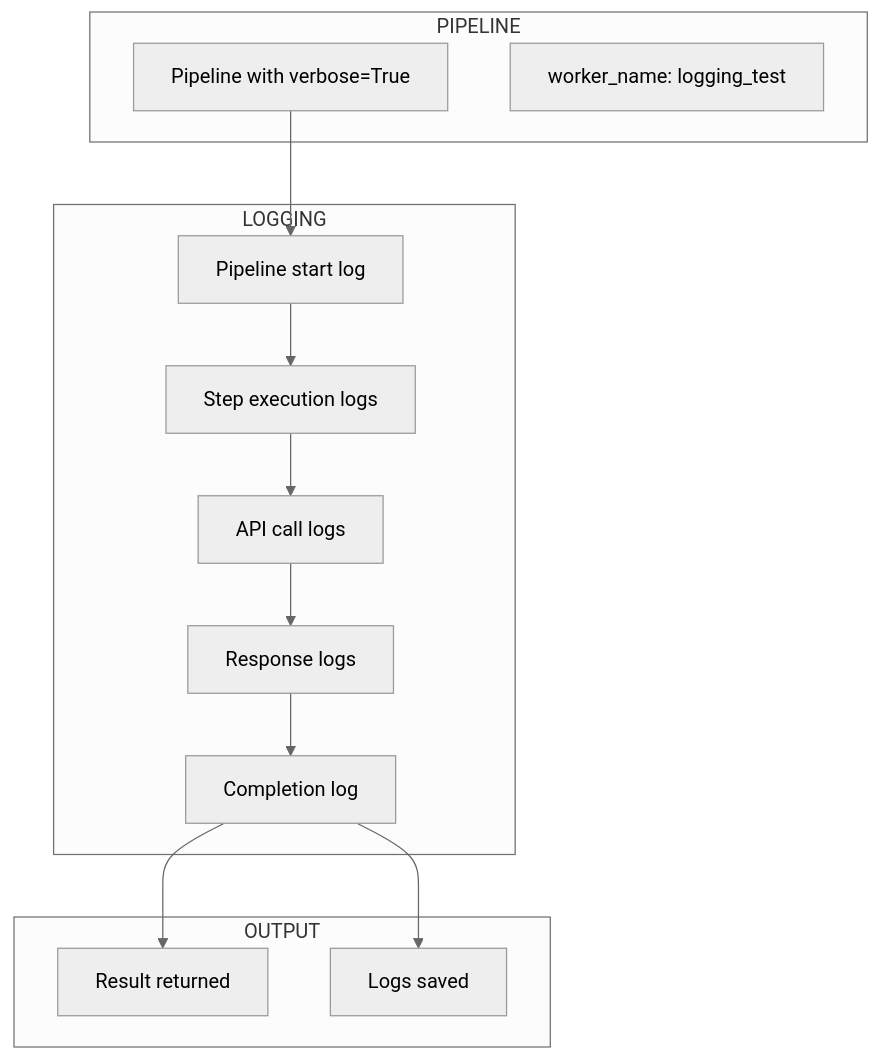
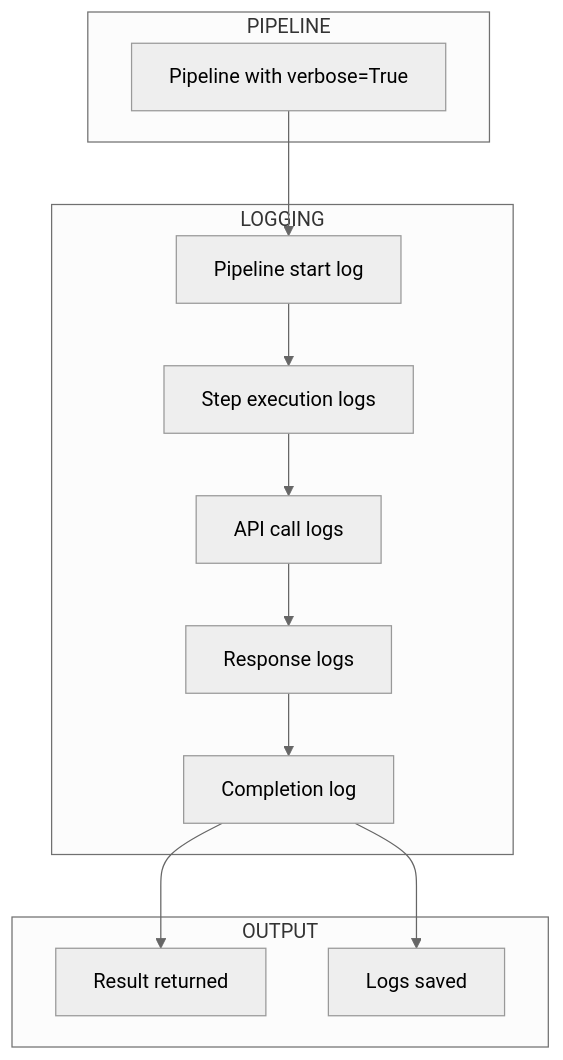
The third of 5 diagrams in examples/api_pipeline/09_api_logging/README.md (wisrovi/wpipe), drawn with Mermaid (neutral theme) before and after one commit. The commit also changed other lines of this file and 8 other files, not shown here.

First line of the commit message:
Fix README files: English text and Mermaid diagrams

````diff
--- a/examples/api_pipeline/09_api_logging/README.md
+++ b/examples/api_pipeline/09_api_logging/README.md
@@ -39,23 +39,27 @@
 ```mermaid
 graph TB
     subgraph PIPELINE
         P1[Pipeline with verbose=True]
-        P2[worker_name: logging_test]
     end
     
     subgraph LOGGING
         L1[Pipeline start log]
         L2[Step execution logs]
         L3[API call logs]
         L4[Response logs]
         L5[Completion log]
     end
     
     subgraph OUTPUT
         O1[Result returned]
         O2[Logs saved]
     end
     
-    P1 --> L1 --> L2 --> L3 --> L4 --> L5
-    L5 --> O1 & O2
+    P1 --> L1
+    L1 --> L2
+    L2 --> L3
+    L3 --> L4
+    L4 --> L5
+    L5 --> O1
+    L5 --> O2
 ```
````
